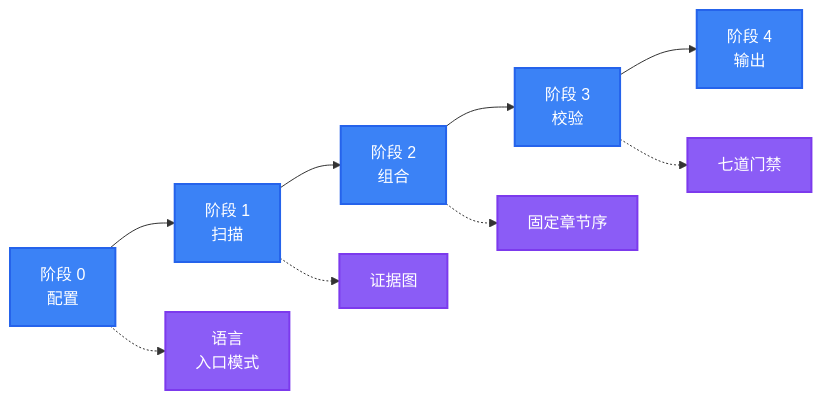
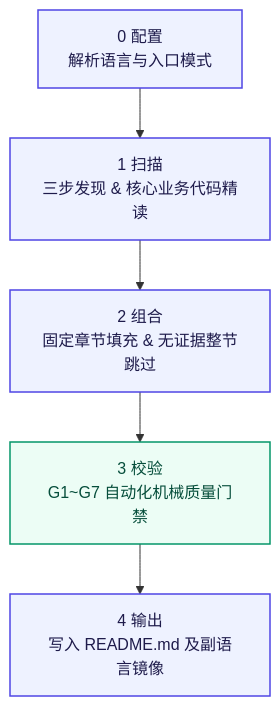
The diagram in README.md (LINJIANG12/general-readme-skill), drawn with Mermaid before and after one commit. The commit also changed other lines of this file and 1 other file, not shown here.

````diff
--- a/README.md
+++ b/README.md
@@ -152,18 +187,13 @@
 ```mermaid
-flowchart LR
-    A[阶段 0<br/>配置] --> B[阶段 1<br/>扫描]
-    B --> C[阶段 2<br/>组合]
-    C --> D[阶段 3<br/>校验]
-    D --> E[阶段 4<br/>输出]
+flowchart TD
+    classDef step fill:#EEF2FF,stroke:#4F46E5,stroke-width:1.5px,color:#1E1B4B;
+    classDef gate fill:#ECFDF5,stroke:#059669,stroke-width:1.5px,color:#064E3B;
 
-    A -.-> A1[语言<br/>入口模式]
-    B -.-> B1[证据图]
-    C -.-> C1[固定章节序]
-    D -.-> D1[七道门禁]
+    P0["0 配置<br/>解析语言与入口模式"]:::step
+    P1["1 扫描<br/>三步发现 & 核心业务代码精读"]:::step
+    P2["2 组合<br/>固定章节填充 & 无证据整节跳过"]:::step
+    P3["3 校验<br/>G1~G7 自动化机械质量门禁"]:::gate
+    P4["4 输出<br/>写入 README.md 及副语言镜像"]:::step
 
-    classDef phase fill:#3B82F6,stroke:#2563EB,color:#fff,stroke-width:2px
-    classDef artifact fill:#8B5CF6,stroke:#7C3AED,color:#fff,stroke-width:2px
-
-    class A,B,C,D,E phase
-    class A1,B1,C1,D1 artifact
+    P0 --> P1 --> P2 --> P3 --> P4
 ```
````
